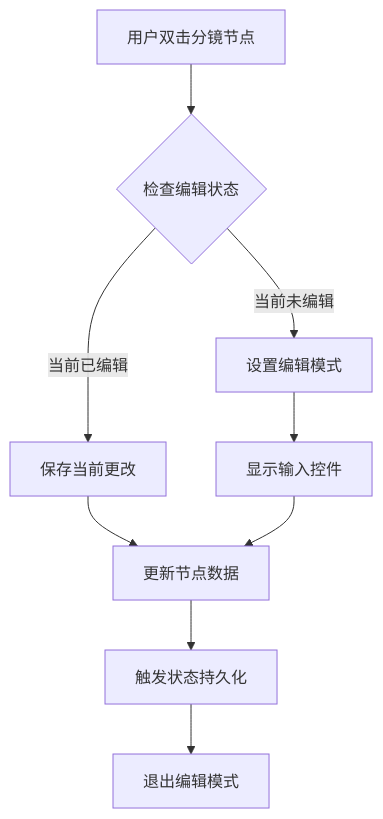
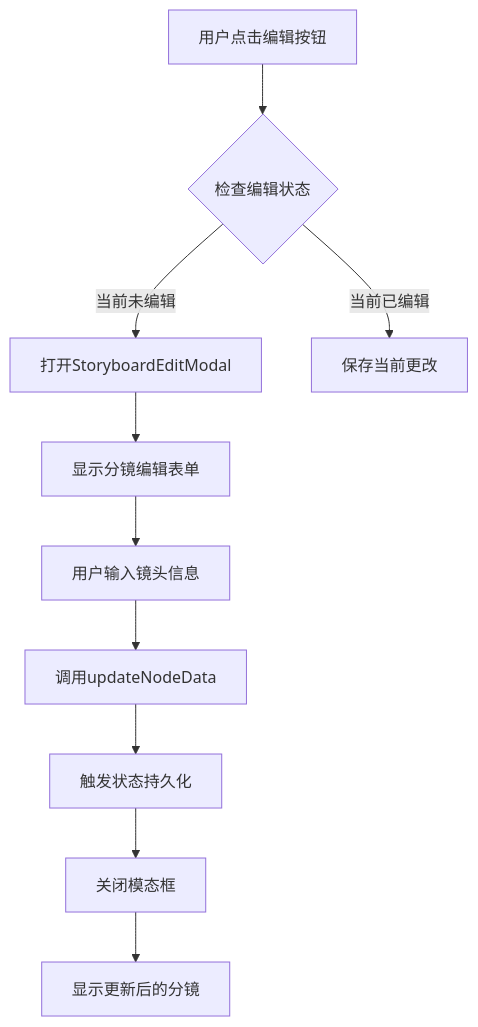
One commit to KunLabAI/KunFlix changed the fifth of 11 diagrams in .qoder/repowiki/zh/content/系统架构/前端架构/画布故事编辑器.md. Above: the diagram before and after it, drawn with Mermaid. The commit also changed other lines of this file and 155 other files, not shown here.

````diff
--- a/.qoder/repowiki/zh/content/系统架构/前端架构/画布故事编辑器.md
+++ b/.qoder/repowiki/zh/content/系统架构/前端架构/画布故事编辑器.md
@@ -199,11 +254,12 @@
 ```mermaid
 flowchart TD
-A[用户双击分镜节点] --> B{检查编辑状态}
-B --> |当前未编辑| C[设置编辑模式]
+A[用户点击编辑按钮] --> B{检查编辑状态}
+B --> |当前未编辑| C[打开StoryboardEditModal]
 B --> |当前已编辑| D[保存当前更改]
-C --> E[显示输入控件]
-D --> F[更新节点数据]
-E --> F
-F --> G[触发状态持久化]
-G --> H[退出编辑模式]
+C --> E[显示分镜编辑表单]
+E --> F[用户输入镜头信息]
+F --> G[调用updateNodeData]
+G --> H[触发状态持久化]
+H --> I[关闭模态框]
+I --> J[显示更新后的分镜]
 ```
````
